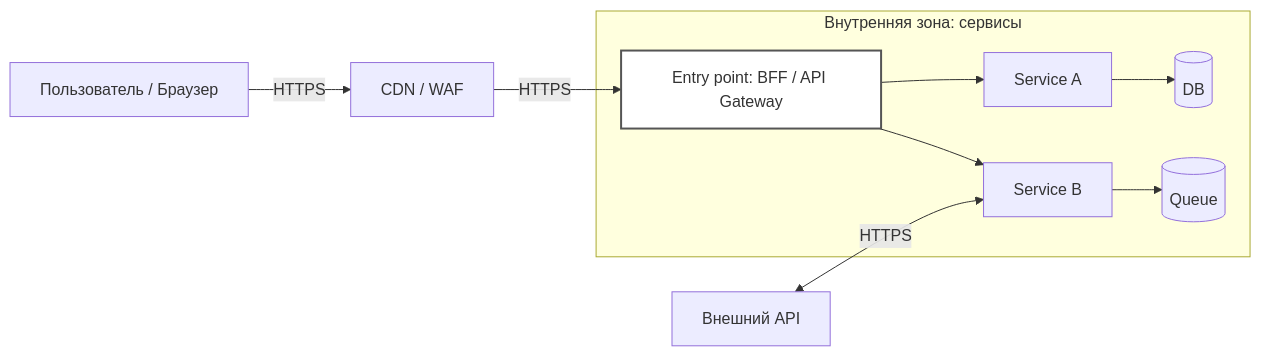
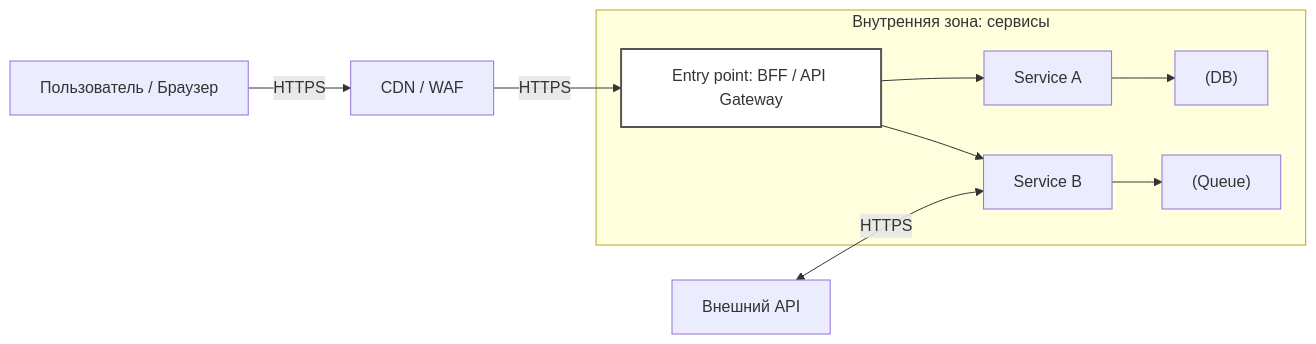
One commit to DDoSKudya/ai-study-atlas changed the diagram in directions/architecture/pact/31_bezopasnost_nablyudaemost_otkazoustoychivost/01_31_1_bezopasnost_v_arhitekture.md. Above: the diagram before and after it, drawn with Mermaid. The commit also changed 322 other files, not shown here.

Commit message:
fix(docs): make mermaid diagrams GitHub-compatible across directions content

````diff
--- a/directions/architecture/pact/31_bezopasnost_nablyudaemost_otkazoustoychivost/01_31_1_bezopasnost_v_arhitekture.md
+++ b/directions/architecture/pact/31_bezopasnost_nablyudaemost_otkazoustoychivost/01_31_1_bezopasnost_v_arhitekture.md
@@ -44,17 +44,17 @@
 ```mermaid
 flowchart LR
-  U[Пользователь / Браузер] -->|HTTPS| CDN[CDN / WAF]
-  CDN -->|HTTPS| ENTRY[Entry point: BFF / API Gateway]
+  U["Пользователь / Браузер"] -->|HTTPS| CDN["CDN / WAF"]
+  CDN -->|HTTPS| ENTRY["Entry point: BFF / API Gateway"]
 
-  subgraph TRUST[Внутренняя зона: сервисы]
-    ENTRY --> S1[Service A]
-    ENTRY --> S2[Service B]
-    S1 --> DB[(DB)]
-    S2 --> MQ[(Queue)]
+  subgraph TRUST["Внутренняя зона: сервисы"]
+    ENTRY --> S1["Service A"]
+    ENTRY --> S2["Service B"]
+    S1 --> DB["(DB)"]
+    S2 --> MQ["(Queue)"]
   end
 
-  EXT[Внешний API] <-->|HTTPS| S2
+  EXT["Внешний API"] <-->|HTTPS| S2
 
   classDef boundary stroke:#555,stroke-width:2px,fill:#fff;
   class ENTRY boundary;
 ```
````
